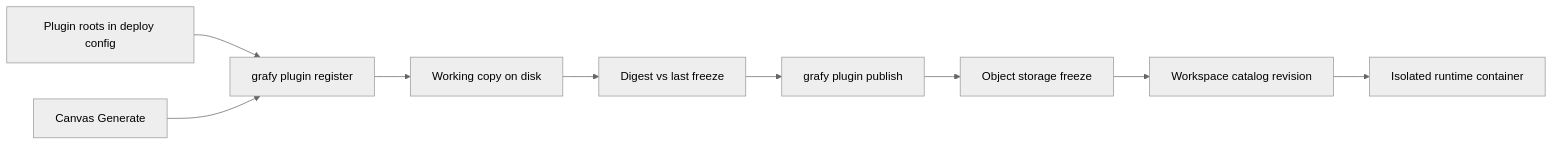
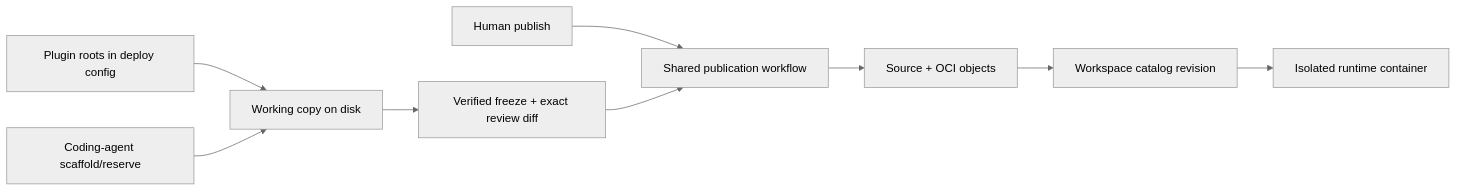
Before and after one commit to artpods56/KUL_IDUB_EcclesialSchematisms: the diagram in docs/design/plugin-unification.md, drawn with Mermaid (neutral theme). The commit also changed other lines of this file and 158 other files, not shown here.

````diff
--- a/docs/design/plugin-unification.md
+++ b/docs/design/plugin-unification.md
@@ -30,11 +89,11 @@
 ```mermaid
 flowchart LR
-    Roots["Plugin roots in deploy config"] --> Register["grafy plugin register"]
-    Generate["Canvas Generate"] --> Register
-    Register --> Copy["Working copy on disk"]
-    Copy --> Diff["Digest vs last freeze"]
-    Diff --> Publish["grafy plugin publish"]
-    Publish --> Store["Object storage freeze"]
+    Roots["Plugin roots in deploy config"] --> Copy["Working copy on disk"]
+    Agent["Coding-agent scaffold/reserve"] --> Copy
+    Copy --> Diff["Verified freeze + exact review diff"]
+    Human["Human publish"] --> Publish["Shared publication workflow"]
+    Diff --> Publish
+    Publish --> Store["Source + OCI objects"]
     Store --> Catalog["Workspace catalog revision"]
     Catalog --> Run["Isolated runtime container"]
 ```
````
